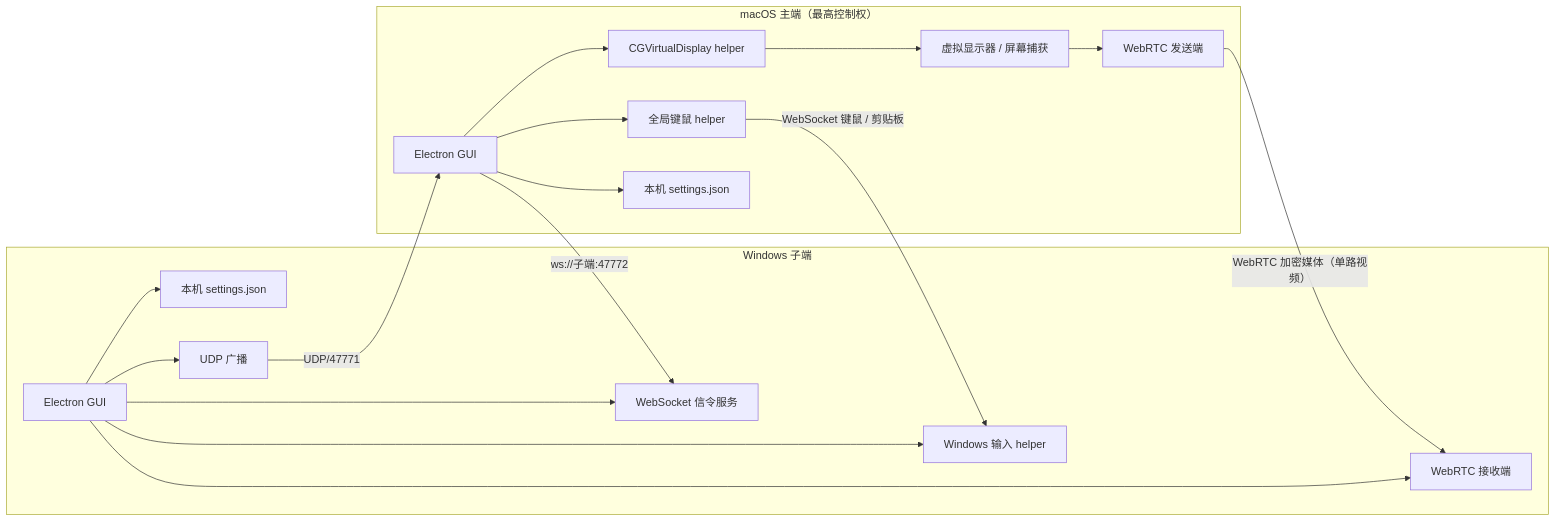
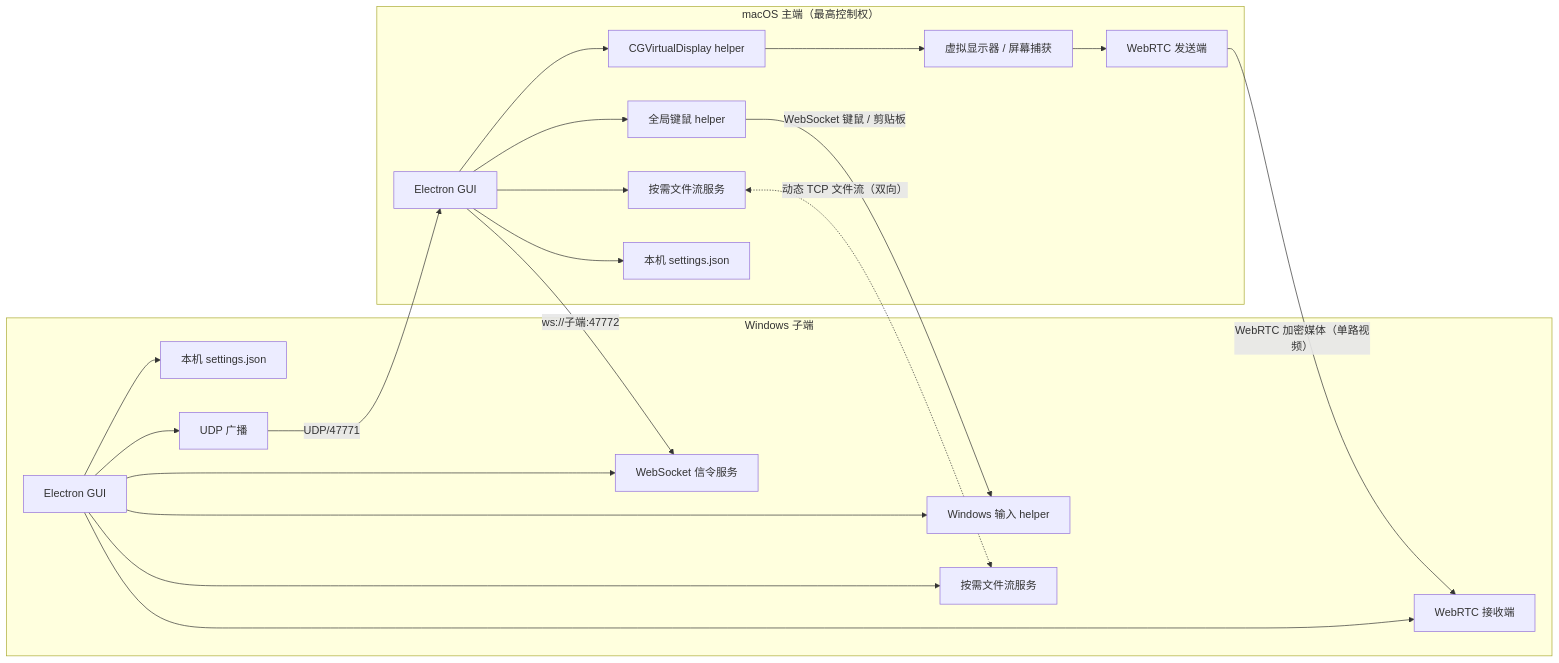
One commit to Modole/LanExtend changed the diagram in README.md. Above: the diagram before and after it, drawn with Mermaid. The commit also changed other lines of this file and 29 other files, not shown here.

````diff
--- a/README.md
+++ b/README.md
@@ -98,21 +100,24 @@
 ```mermaid
 flowchart LR
   subgraph H["macOS 主端（最高控制权）"]
     GUIH["Electron GUI"] --> VD["CGVirtualDisplay helper"]
     GUIH --> IH["全局键鼠 helper"]
+    GUIH --> FH["按需文件流服务"]
     VD --> CAP["虚拟显示器 / 屏幕捕获"]
     GUIH --> MEMH["本机 settings.json"]
     CAP --> RTC1["WebRTC 发送端"]
   end
   subgraph R["Windows 子端"]
     GUIR["Electron GUI"] --> RTCR["WebRTC 接收端"]
     GUIR --> IW["Windows 输入 helper"]
+    GUIR --> FR["按需文件流服务"]
     GUIR --> MEMR["本机 settings.json"]
     GUIR --> ADV["UDP 广播"]
     GUIR --> SIG["WebSocket 信令服务"]
   end
   ADV -- "UDP/47771" --> GUIH
   GUIH -- "ws://子端:47772" --> SIG
   RTC1 -- "WebRTC 加密媒体（单路视频）" --> RTCR
   IH -- "WebSocket 键鼠 / 剪贴板" --> IW
+  FH <-. "动态 TCP 文件流（双向）" .-> FR
 ```
````
